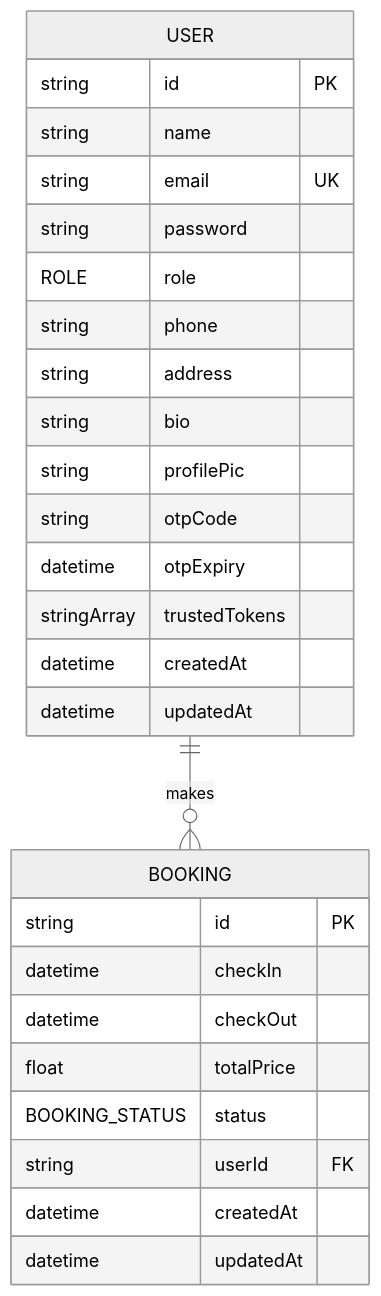
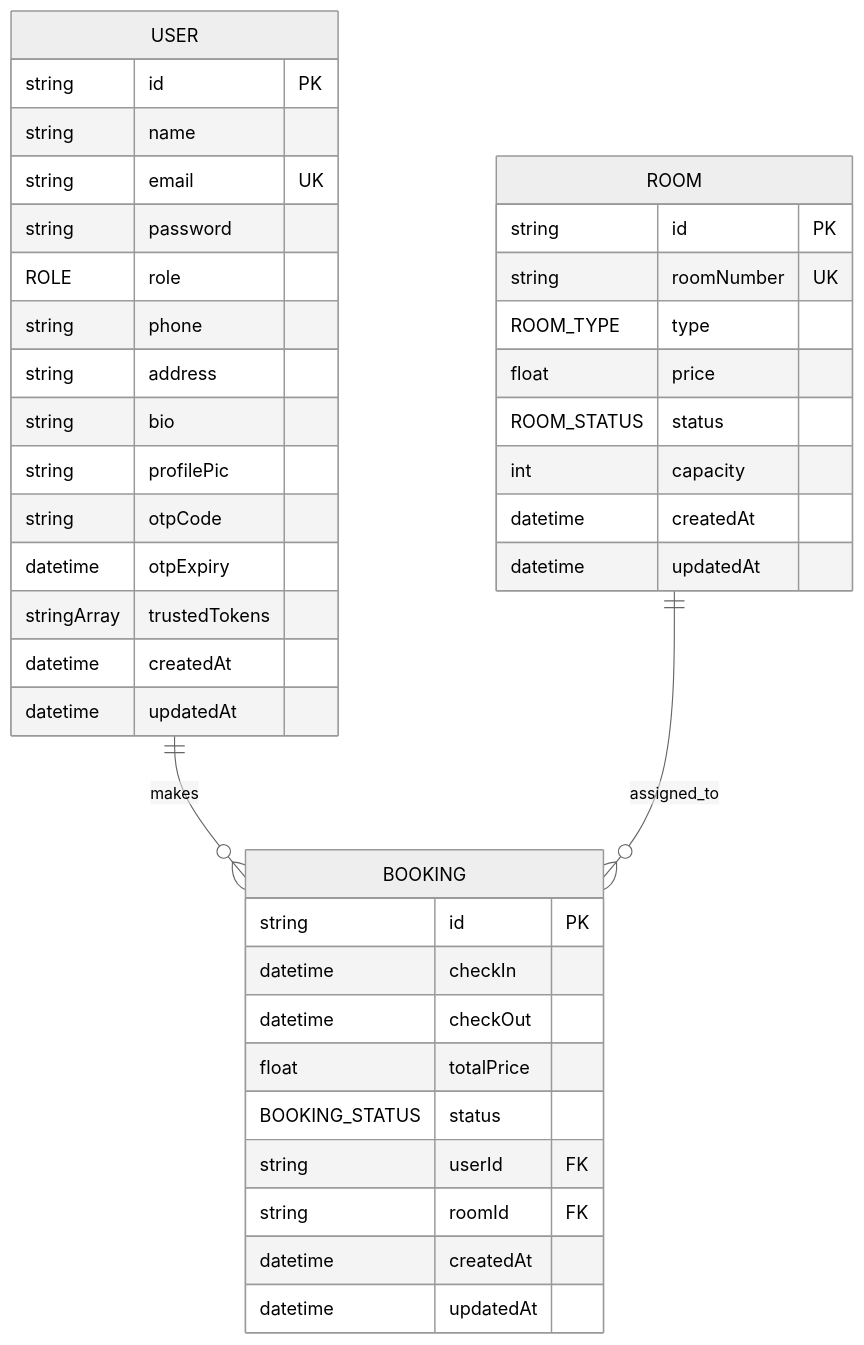
One commit to PixelCoder1246/College-Project---Hotel-Management-System changed the diagram in docs/database-schema.md. Above: the diagram before and after it, drawn with Mermaid (neutral theme). The commit also changed other lines of this file and 18 other files, not shown here.

````diff
--- a/docs/database-schema.md
+++ b/docs/database-schema.md
@@ -70,31 +100,44 @@
 ```mermaid
 erDiagram
     USER ||--o{ BOOKING : makes
+    ROOM ||--o{ BOOKING : assigned_to
     USER {
         string id PK
         string name
         string email UK
         string password
         ROLE role
         string phone
         string address
         string bio
         string profilePic
         string otpCode
         datetime otpExpiry
         stringArray trustedTokens
         datetime createdAt
         datetime updatedAt
     }
 
+    ROOM {
+        string id PK
+        string roomNumber UK
+        ROOM_TYPE type
+        float price
+        ROOM_STATUS status
+        int capacity
+        datetime createdAt
+        datetime updatedAt
+    }
+
     BOOKING {
         string id PK
         datetime checkIn
         datetime checkOut
         float totalPrice
         BOOKING_STATUS status
         string userId FK
+        string roomId FK
         datetime createdAt
         datetime updatedAt
     }
 ```
````
